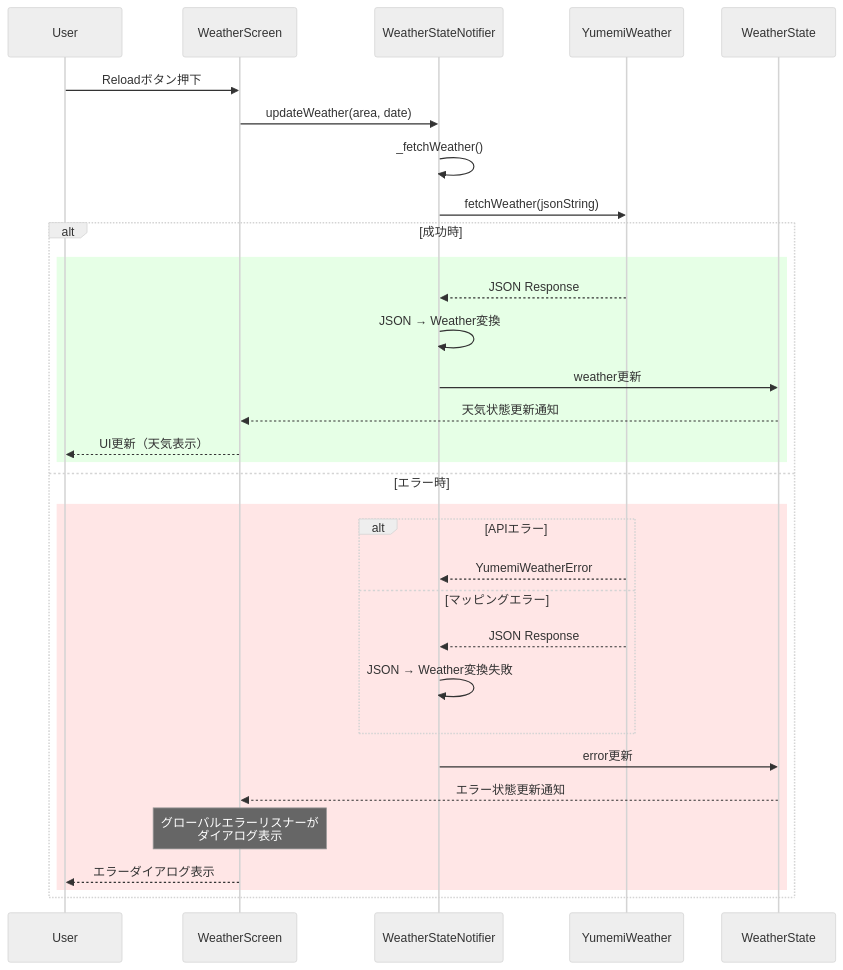
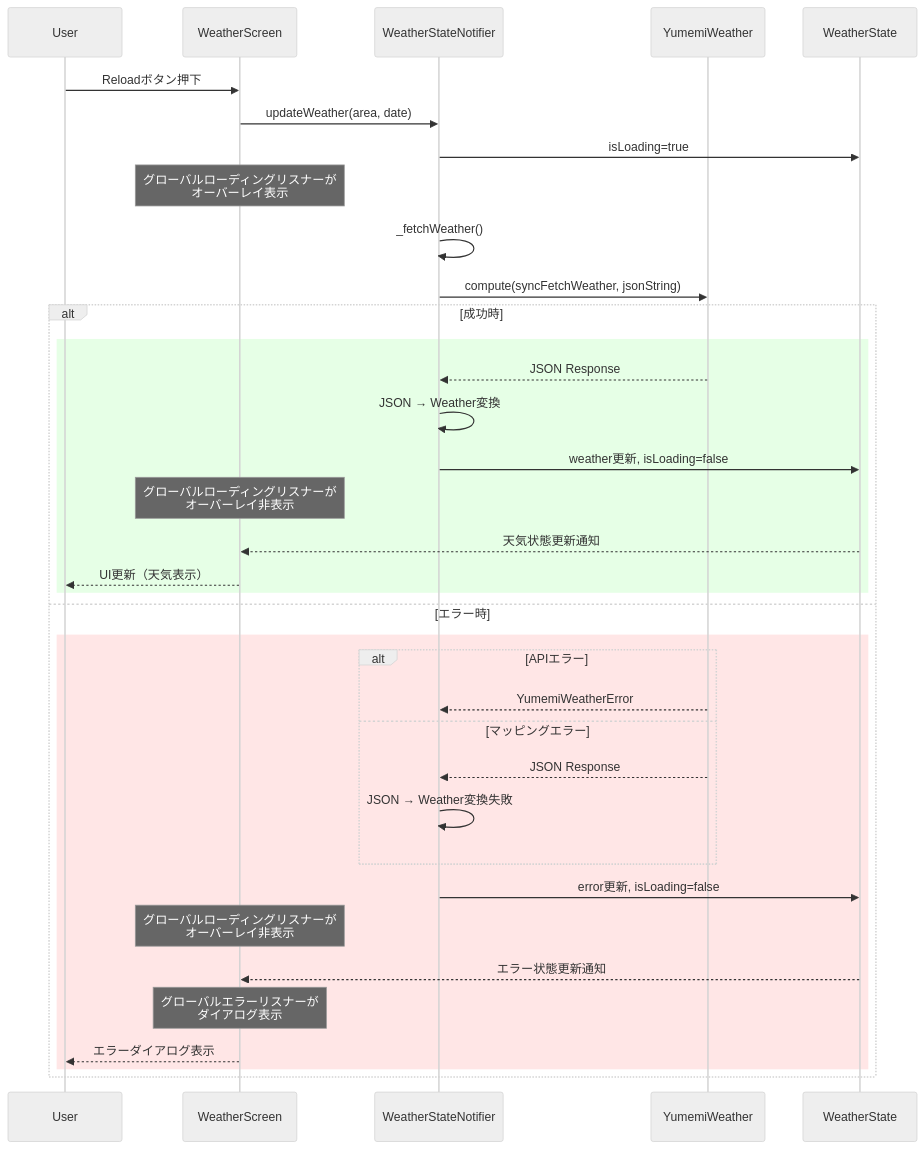
Before and after one commit to Ryosuke1025/flutter-training: the second of 2 diagrams in ARCHITECTURE.md, drawn with Mermaid (neutral theme). The commit also changed other lines of this file, not shown here.

````diff
--- a/ARCHITECTURE.md
+++ b/ARCHITECTURE.md
@@ -31,37 +31,41 @@
 ```mermaid
 sequenceDiagram
     participant U as User
     participant WS as WeatherScreen
     participant WN as WeatherStateNotifier
     participant API as YumemiWeather
     participant State as WeatherState
 
     U->>WS: Reloadボタン押下
     WS->>WN: updateWeather(area, date)
+    WN->>State: isLoading=true
+    Note over WS: グローバルローディングリスナーが<br/>オーバーレイ表示
     
     WN->>WN: _fetchWeather()
-    WN->>API: fetchWeather(jsonString)
+    WN->>API: compute(syncFetchWeather, jsonString)
     
     alt 成功時
         rect rgb(230, 255, 230)
             API-->>WN: JSON Response
             WN->>WN: JSON → Weather変換
-            WN->>State: weather更新
+            WN->>State: weather更新, isLoading=false
+            Note over WS: グローバルローディングリスナーが<br/>オーバーレイ非表示
             State-->>WS: 天気状態更新通知
             WS-->>U: UI更新（天気表示）
         end
     else エラー時
         rect rgb(255, 230, 230)
             alt APIエラー
                 API-->>WN: YumemiWeatherError
             else マッピングエラー
                 API-->>WN: JSON Response
                 WN->>WN: JSON → Weather変換失敗
             end
-            WN->>State: error更新
+            WN->>State: error更新, isLoading=false
+            Note over WS: グローバルローディングリスナーが<br/>オーバーレイ非表示
             State-->>WS: エラー状態更新通知
             Note over WS: グローバルエラーリスナーが<br/>ダイアログ表示
             WS-->>U: エラーダイアログ表示
         end
     end
 ```
````
